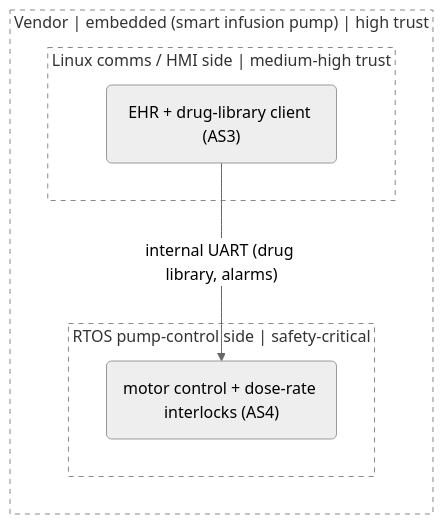
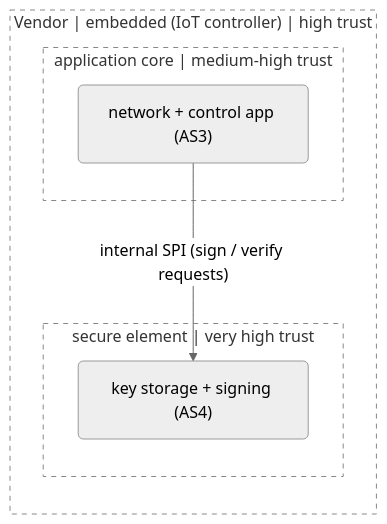
Before and after one commit to tmart234/threat-model-claude-skill: the diagram in references/dfd-mermaid.md, drawn with Mermaid (neutral theme). The commit also changed other lines of this file and 20 other files, not shown here.

````diff
--- a/references/dfd-mermaid.md
+++ b/references/dfd-mermaid.md
@@ -220,14 +146,14 @@
 ```mermaid
 flowchart LR
-    subgraph Pump["Vendor | embedded (smart infusion pump) | high trust"]
-        subgraph PumpComms["Linux comms / HMI side | medium-high trust"]
-            CommsApp("EHR + drug-library client (AS3)")
+    subgraph Device["Vendor | embedded (IoT controller) | high trust"]
+        subgraph DeviceApp["application core | medium-high trust"]
+            CommsApp("network + control app (AS3)")
         end
-        subgraph PumpRT["RTOS pump-control side | safety-critical"]
-            CtrlApp("motor control + dose-rate interlocks (AS4)")
+        subgraph DeviceSE["secure element | very high trust"]
+            KeyStore("key storage + signing (AS4)")
         end
-        CommsApp -- "internal UART (drug library, alarms)" --> CtrlApp
+        CommsApp -- "internal SPI (sign / verify requests)" --> KeyStore
     end
     classDef tb fill:none,stroke:#888,stroke-dasharray: 5 5
-    class Pump,PumpComms,PumpRT tb
+    class Device,DeviceApp,DeviceSE tb
 ```
````
